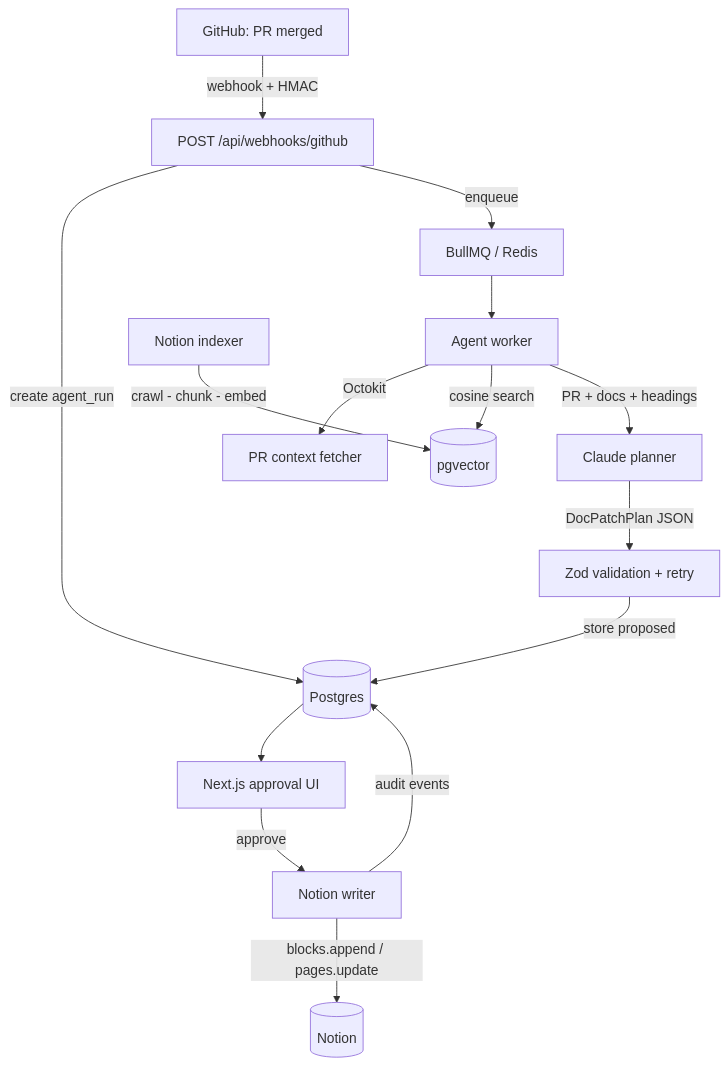
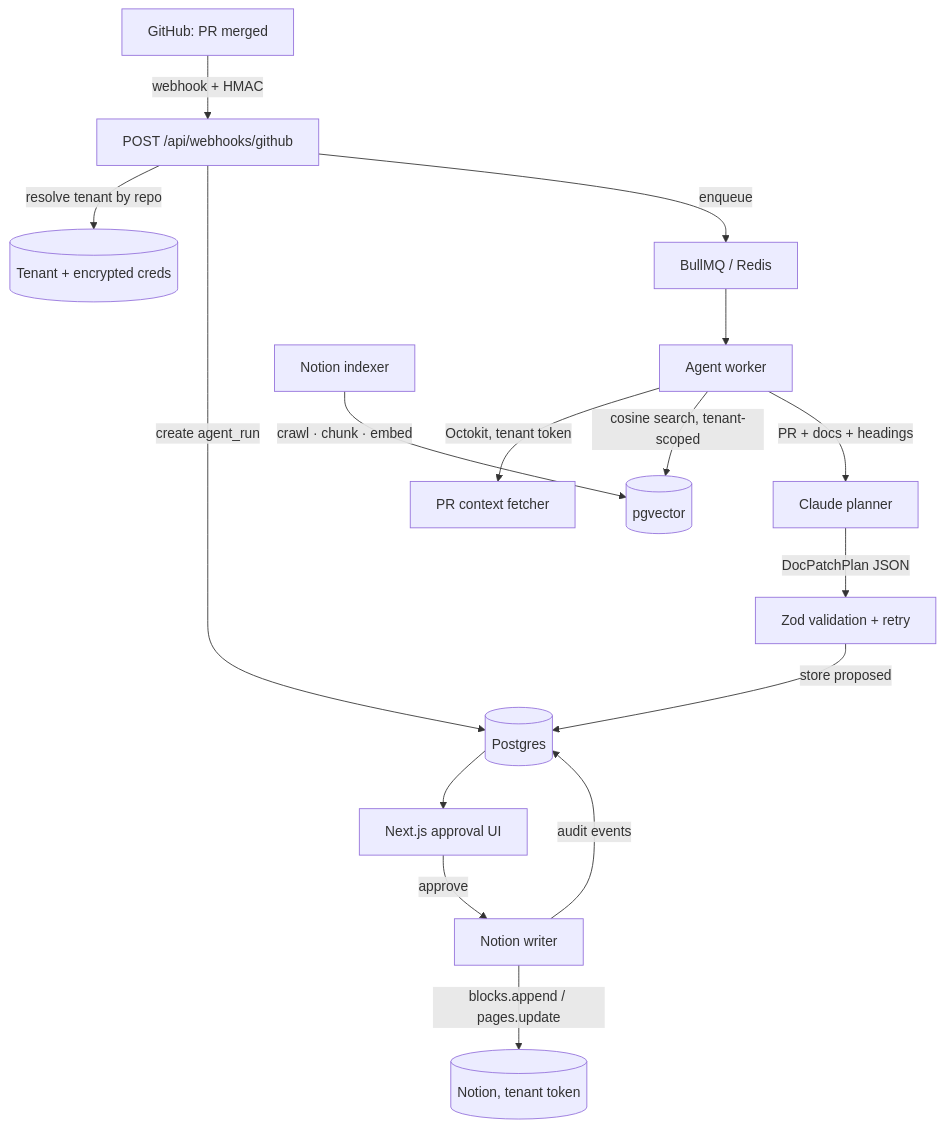
Before and after one commit to JCHETAN26/Shadow-Notinos: the diagram in README.md, drawn with Mermaid. The commit also changed other lines of this file and 3 other files, not shown here.

````diff
--- a/README.md
+++ b/README.md
@@ -36,17 +99,18 @@
 ```mermaid
 flowchart TD
     GH[GitHub: PR merged] -->|webhook + HMAC| WH[POST /api/webhooks/github]
+    WH -->|resolve tenant by repo| T[(Tenant + encrypted creds)]
     WH -->|create agent_run| PG[(Postgres)]
     WH -->|enqueue| Q[BullMQ / Redis]
     Q --> W[Agent worker]
-    W -->|Octokit| PRC[PR context fetcher]
-    W -->|cosine search| VEC[(pgvector)]
-    IDX[Notion indexer] -->|crawl - chunk - embed| VEC
+    W -->|Octokit, tenant token| PRC[PR context fetcher]
+    W -->|cosine search, tenant-scoped| VEC[(pgvector)]
+    IDX[Notion indexer] -->|crawl · chunk · embed| VEC
     W -->|PR + docs + headings| LLM[Claude planner]
     LLM -->|DocPatchPlan JSON| ZOD[Zod validation + retry]
     ZOD -->|store proposed| PG
     PG --> UI[Next.js approval UI]
     UI -->|approve| WR[Notion writer]
-    WR -->|blocks.append / pages.update| NOTION[(Notion)]
+    WR -->|blocks.append / pages.update| NOTION[(Notion, tenant token)]
     WR -->|audit events| PG
 ```
````
